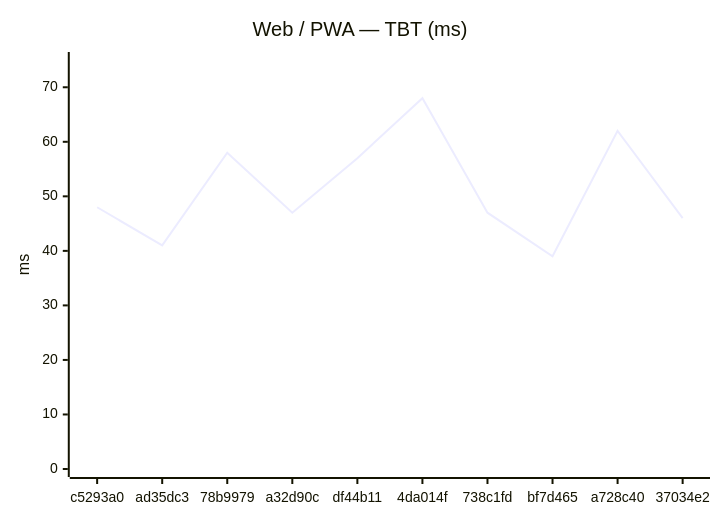
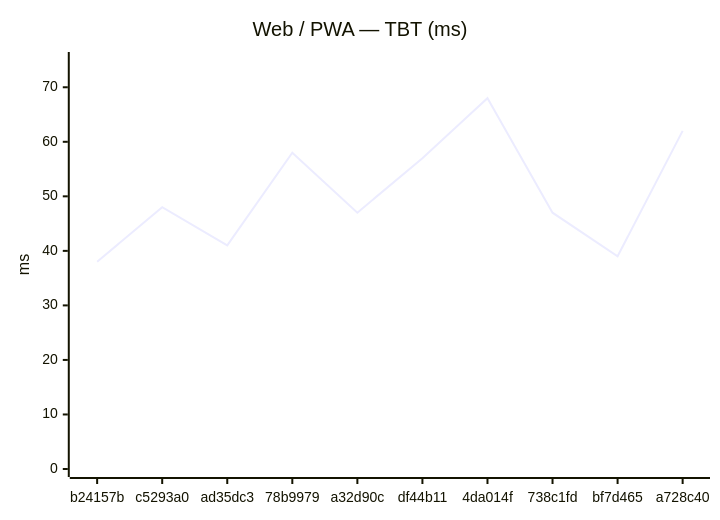
The second of 24 diagrams in benchmarks/compare.md (Metaheurist/Rianell), drawn with Mermaid before and after one commit. The commit also changed other lines of this file and 14 other files, not shown here.

````diff
--- a/benchmarks/compare.md
+++ b/benchmarks/compare.md
@@ -31,7 +31,7 @@
 ```mermaid
 xychart-beta
     title "Web / PWA — TBT (ms)"
-    x-axis ["c5293a0", "ad35dc3", "78b9979", "a32d90c", "df44b11", "4da014f", "738c1fd", "bf7d465", "a728c40", "37034e2"]
+    x-axis ["b24157b", "c5293a0", "ad35dc3", "78b9979", "a32d90c", "df44b11", "4da014f", "738c1fd", "bf7d465", "a728c40"]
     y-axis "ms" 0 --> 75
-    line [48, 41, 58, 47, 57, 68, 47, 39, 62, 46]
+    line [38, 48, 41, 58, 47, 57, 68, 47, 39, 62]
 ```
````
